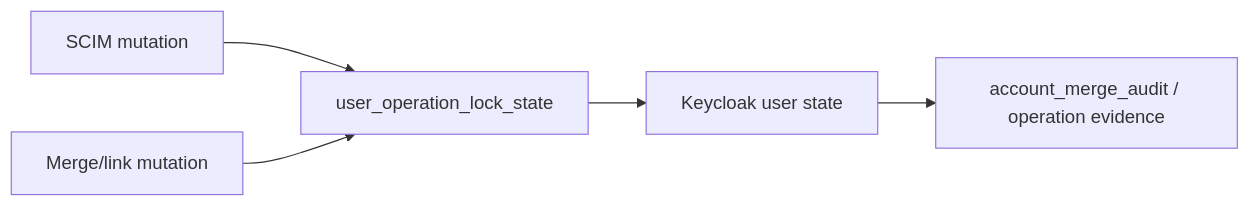
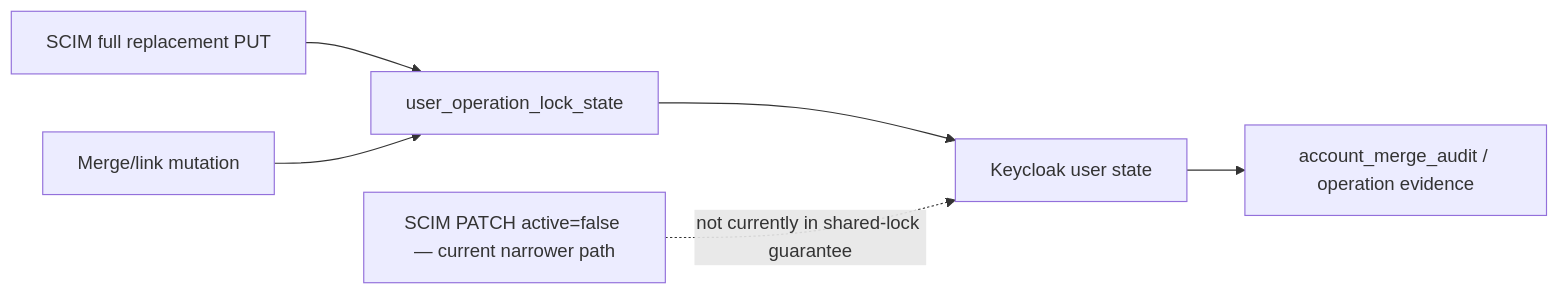
One commit to ContextualWisdomLab/keyverse changed the fifth of 6 diagrams in docs/UML.md. Above: the diagram before and after it, drawn with Mermaid. The commit also changed other lines of this file, not shown here.

````diff
--- a/docs/UML.md
+++ b/docs/UML.md
@@ -106,13 +112,15 @@
 ```mermaid
 flowchart LR
-    SCIM[SCIM mutation]
+    PUT[SCIM full replacement PUT]
+    PATCH[SCIM PATCH active=false — current narrower path]
     MERGE[Merge/link mutation]
     LOCK[user_operation_lock_state]
     USER[Keycloak user state]
     AUDIT[account_merge_audit / operation evidence]
 
-    SCIM --> LOCK
+    PUT --> LOCK
     MERGE --> LOCK
     LOCK --> USER
+    PATCH -. not currently in shared-lock guarantee .-> USER
     USER --> AUDIT
 ```
````
